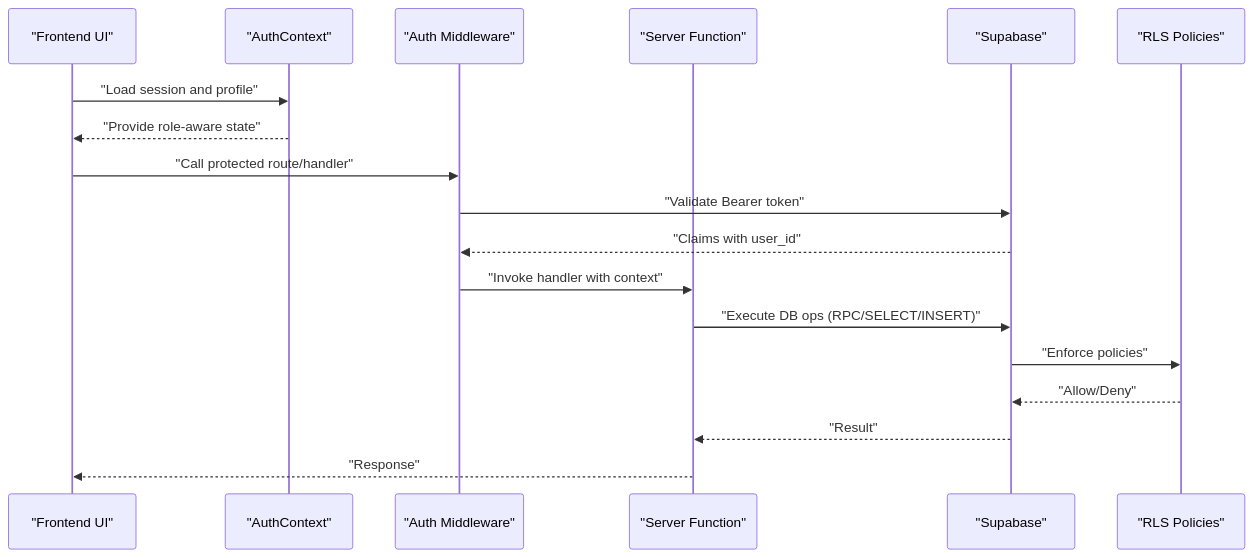
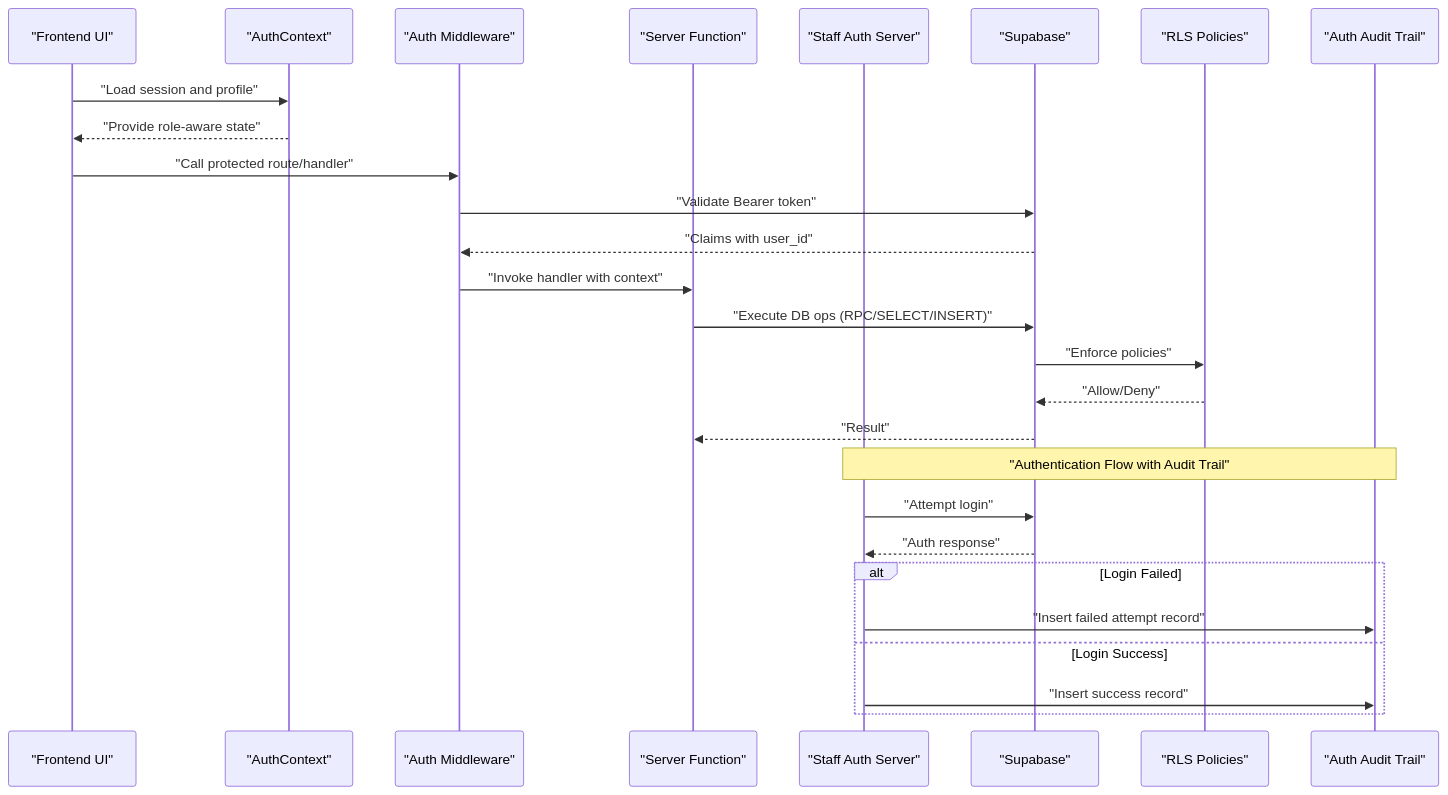
One commit to gastaldellomarco/pcReady changed the second of 9 diagrams in .qoder/repowiki/en/content/Domain Model and Database Schema/Security and Access Control.md. Above: the diagram before and after it, drawn with Mermaid. The commit also changed other lines of this file and 15 other files, not shown here.

````diff
--- a/.qoder/repowiki/en/content/Domain Model and Database Schema/Security and Access Control.md
+++ b/.qoder/repowiki/en/content/Domain Model and Database Schema/Security and Access Control.md
@@ -108,20 +131,29 @@
 ```mermaid
 sequenceDiagram
 participant UI as "Frontend UI"
 participant Ctx as "AuthContext"
 participant MW as "Auth Middleware"
 participant SF as "Server Function"
+participant AUTH as "Staff Auth Server"
 participant SB as "Supabase"
 participant RLS as "RLS Policies"
+participant AUDIT as "Auth Audit Trail"
 UI->>Ctx : "Load session and profile"
 Ctx-->>UI : "Provide role-aware state"
 UI->>MW : "Call protected route/handler"
 MW->>SB : "Validate Bearer token"
 SB-->>MW : "Claims with user_id"
 MW->>SF : "Invoke handler with context"
 SF->>SB : "Execute DB ops (RPC/SELECT/INSERT)"
 SB->>RLS : "Enforce policies"
 RLS-->>SB : "Allow/Deny"
 SB-->>SF : "Result"
-SF-->>UI : "Response"
+Note over AUTH,AUDIT : "Authentication Flow with Audit Trail"
+AUTH->>SB : "Attempt login"
+SB-->>AUTH : "Auth response"
+ALT Login Failed
+AUTH->>AUDIT : "Insert failed attempt record"
+else Login Success
+AUTH->>AUDIT : "Insert success record"
+end
 ```
````
